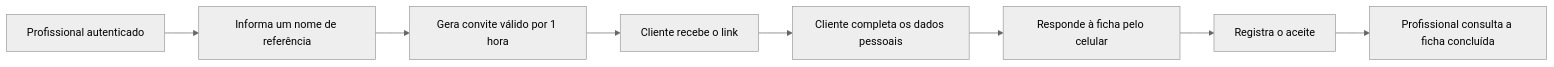
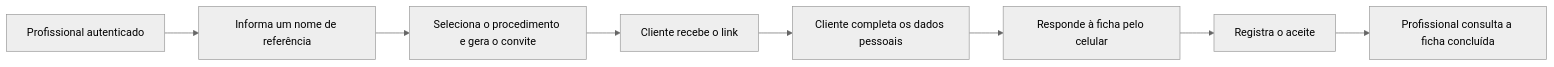
Before and after one commit to Felipe-everardo/ficha-digital: the first of 2 diagrams in README.md, drawn with Mermaid (neutral theme). The commit also changed other lines of this file and 101 other files, not shown here.

````diff
--- a/README.md
+++ b/README.md
@@ -39,10 +41,10 @@
 ```mermaid
 flowchart LR
     A["Profissional autenticado"] --> B["Informa um nome de referência"]
-    B --> C["Gera convite válido por 1 hora"]
+    B --> C["Seleciona o procedimento e gera o convite"]
     C --> D["Cliente recebe o link"]
     D --> E["Cliente completa os dados pessoais"]
     E --> F["Responde à ficha pelo celular"]
     F --> G["Registra o aceite"]
     G --> H["Profissional consulta a ficha concluída"]
 ```
````
